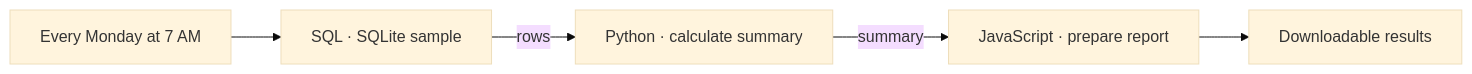
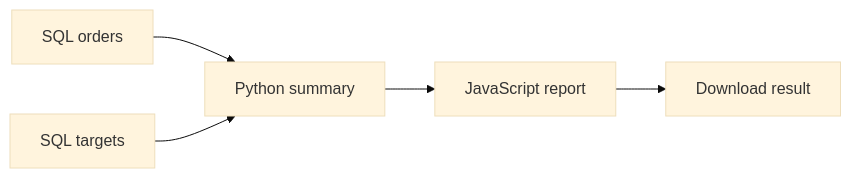
One commit to haowen-ai/sleep-in changed the diagram in README.md. Above: the diagram before and after it, drawn with Mermaid (base theme). The commit also changed other lines of this file and 64 other files, not shown here.

````diff
--- a/README.md
+++ b/README.md
@@ -27,7 +15,7 @@
 ```mermaid
 flowchart LR
-  T[Every Monday at 7 AM] --> P[SQL · SQLite sample]
-  P -->|rows| PY[Python · calculate summary]
-  PY -->|summary| JS[JavaScript · prepare report]
-  JS --> R[Downloadable results]
+  A[SQL orders] --> C[Python summary]
+  B[SQL targets] --> C
+  C --> D[JavaScript report]
+  D --> E[Download result]
 ```
````
